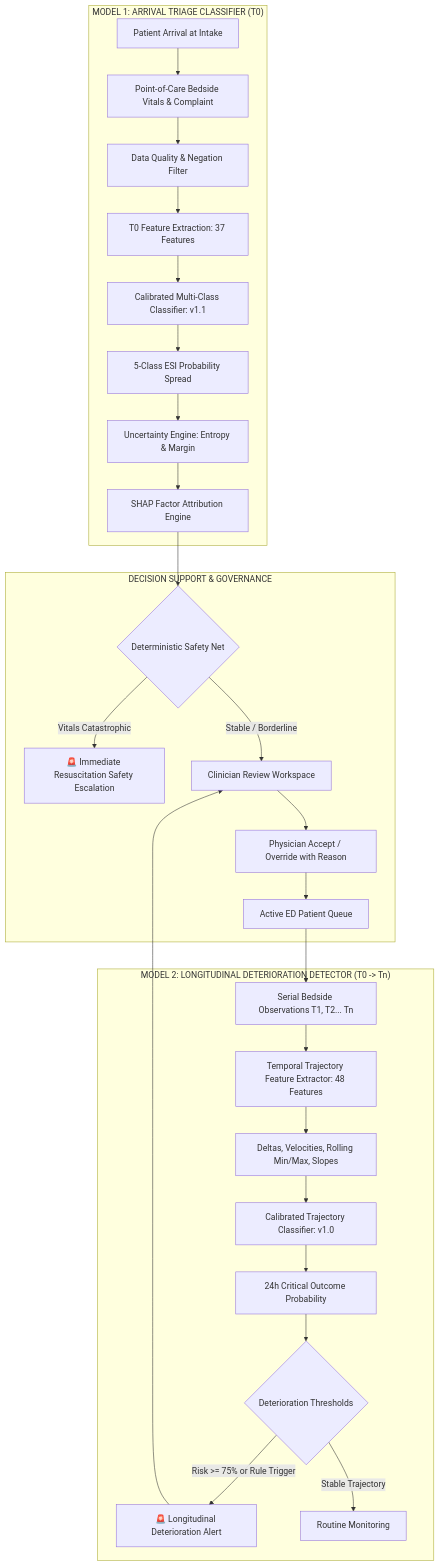
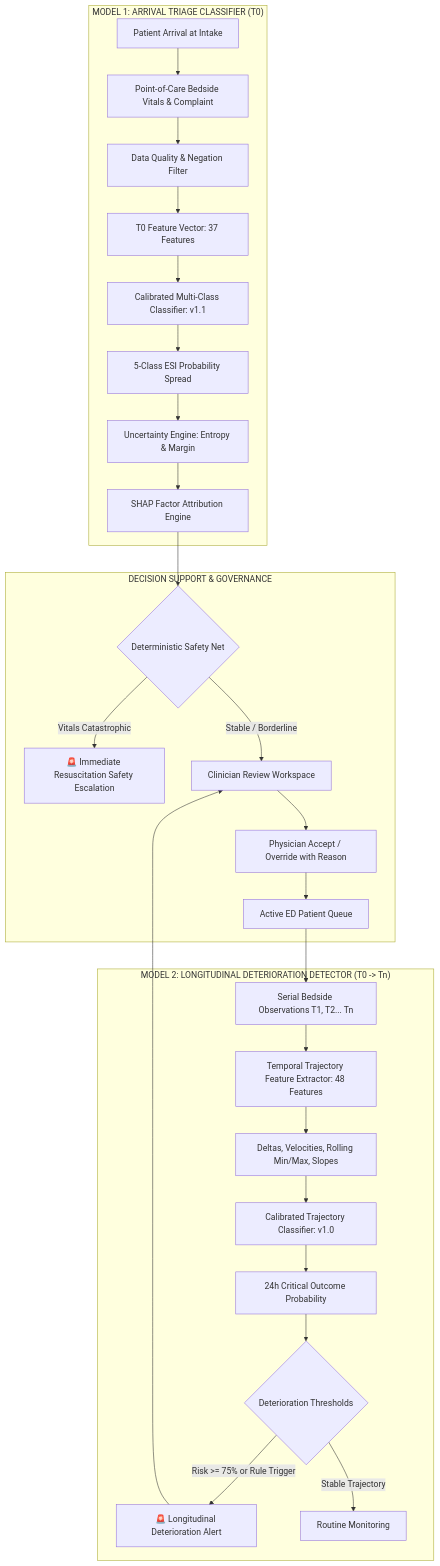
The first of 2 diagrams in README.md (akshayaboda17/PatientTriage-AI), drawn with Mermaid before and after one commit. The commit also changed other lines of this file and 1 other file, not shown here.

````diff
--- a/README.md
+++ b/README.md
@@ -179,32 +146,32 @@
 ```mermaid
 flowchart TD
     subgraph "MODEL 1: ARRIVAL TRIAGE CLASSIFIER (T0)"
         A1[Patient Arrival at Intake] --> A2[Point-of-Care Bedside Vitals & Complaint]
         A2 --> A3[Data Quality & Negation Filter]
-        A3 --> A4[T0 Feature Extraction: 37 Features]
+        A3 --> A4[T0 Feature Vector: 37 Features]
         A4 --> A5[Calibrated Multi-Class Classifier: v1.1]
         A5 --> A6[5-Class ESI Probability Spread]
         A6 --> A7[Uncertainty Engine: Entropy & Margin]
         A7 --> A8[SHAP Factor Attribution Engine]
     end
 
     subgraph "DECISION SUPPORT & GOVERNANCE"
         A8 --> B1{Deterministic Safety Net}
         B1 -->|Vitals Catastrophic| B2[🚨 Immediate Resuscitation Safety Escalation]
         B1 -->|Stable / Borderline| B3[Clinician Review Workspace]
         B3 --> B4[Physician Accept / Override with Reason]
         B4 --> B5[Active ED Patient Queue]
     end
 
     subgraph "MODEL 2: LONGITUDINAL DETERIORATION DETECTOR (T0 -> Tn)"
         B5 --> C1[Serial Bedside Observations T1, T2... Tn]
         C1 --> C2[Temporal Trajectory Feature Extractor: 48 Features]
         C2 --> C3[Deltas, Velocities, Rolling Min/Max, Slopes]
         C3 --> C4[Calibrated Trajectory Classifier: v1.0]
         C4 --> C5[24h Critical Outcome Probability]
         C5 --> C6{Deterioration Thresholds}
         C6 -->|Risk >= 75% or Rule Trigger| C7[🚨 Longitudinal Deterioration Alert]
         C6 -->|Stable Trajectory| C8[Routine Monitoring]
         C7 --> B3
     end
 ```
````
